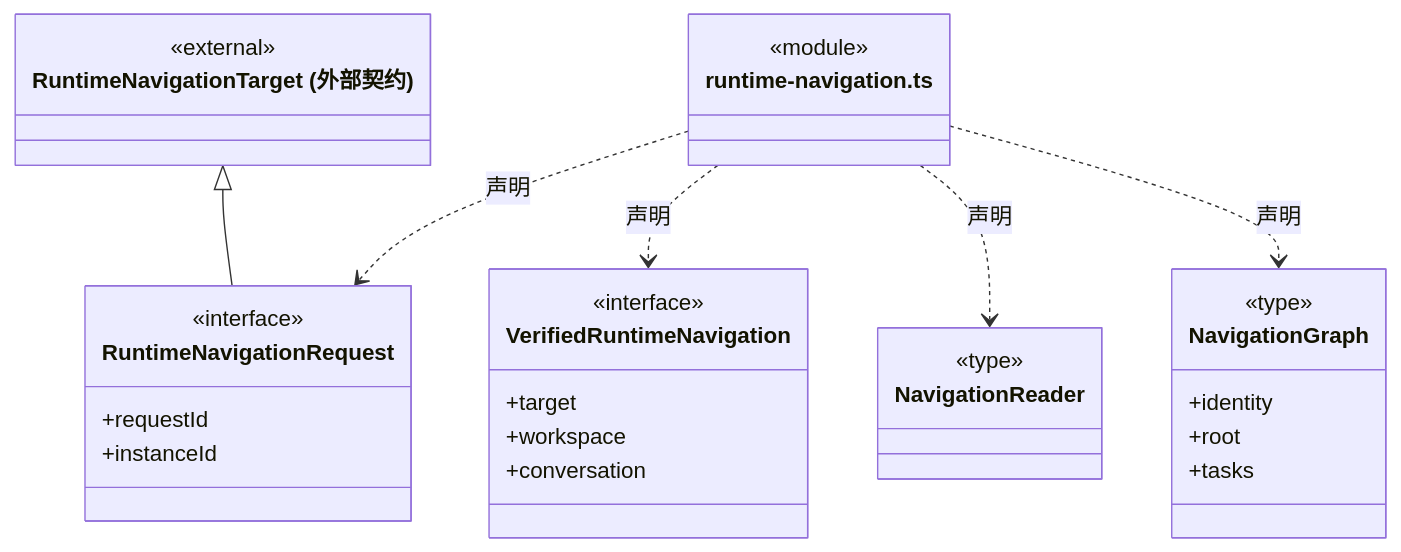
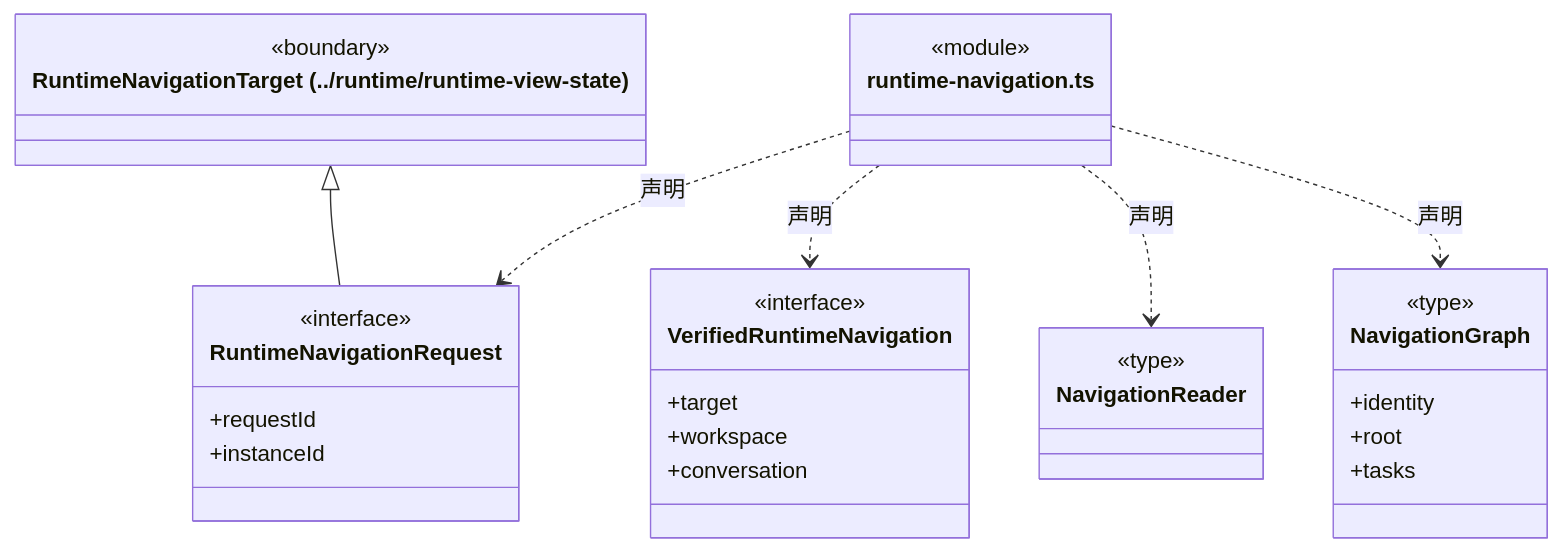
One commit to nan023062/cbim changed the seventh of 18 diagrams in src/view/shell/ARCHITECTURE.md. Above: the diagram before and after it, drawn with Mermaid. The commit also changed other lines of this file and 112 other files, not shown here.

Commit message:
docs: align source architecture with current declarations and contracts

````diff
--- a/src/view/shell/ARCHITECTURE.md
+++ b/src/view/shell/ARCHITECTURE.md
@@ -188,35 +188,35 @@
 ```mermaid
 classDiagram
 class N_src_view_shell_runtime_navigation_ts["runtime-navigation.ts"] {
   <<module>>
 }
 class N_src_view_shell_runtime_navigation_ts_RuntimeNavigationRequest["RuntimeNavigationRequest"] {
   <<interface>>
   +requestId
   +instanceId
 }
 N_src_view_shell_runtime_navigation_ts ..> N_src_view_shell_runtime_navigation_ts_RuntimeNavigationRequest : 声明
-class N_src_view_shell_runtime_navigation_ts_external_RuntimeNavigationTarget["RuntimeNavigationTarget (外部契约)"] {
-  <<external>>
+class N_src_view_shell_runtime_navigation_ts_external_RuntimeNavigationTarget["RuntimeNavigationTarget (../runtime/runtime-view-state)"] {
+  <<boundary>>
 }
 N_src_view_shell_runtime_navigation_ts_external_RuntimeNavigationTarget <|-- N_src_view_shell_runtime_navigation_ts_RuntimeNavigationRequest
 class N_src_view_shell_runtime_navigation_ts_VerifiedRuntimeNavigation["VerifiedRuntimeNavigation"] {
   <<interface>>
   +target
   +workspace
   +conversation
 }
 N_src_view_shell_runtime_navigation_ts ..> N_src_view_shell_runtime_navigation_ts_VerifiedRuntimeNavigation : 声明
 class N_src_view_shell_runtime_navigation_ts_NavigationReader["NavigationReader"] {
   <<type>>
 
 }
 N_src_view_shell_runtime_navigation_ts ..> N_src_view_shell_runtime_navigation_ts_NavigationReader : 声明
 class N_src_view_shell_runtime_navigation_ts_NavigationGraph["NavigationGraph"] {
   <<type>>
   +identity
   +root
   +tasks
 }
 N_src_view_shell_runtime_navigation_ts ..> N_src_view_shell_runtime_navigation_ts_NavigationGraph : 声明
 ```
````
